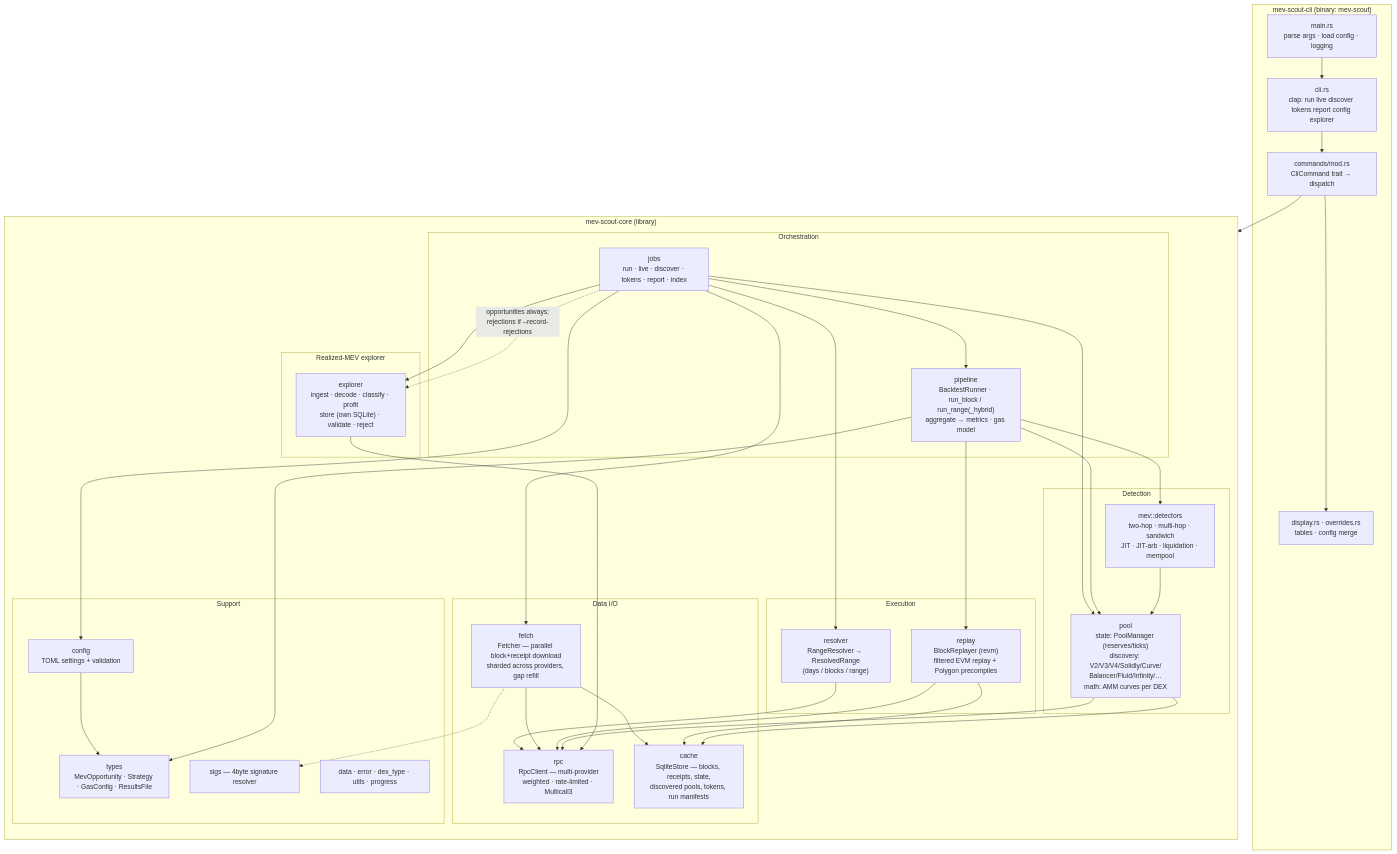
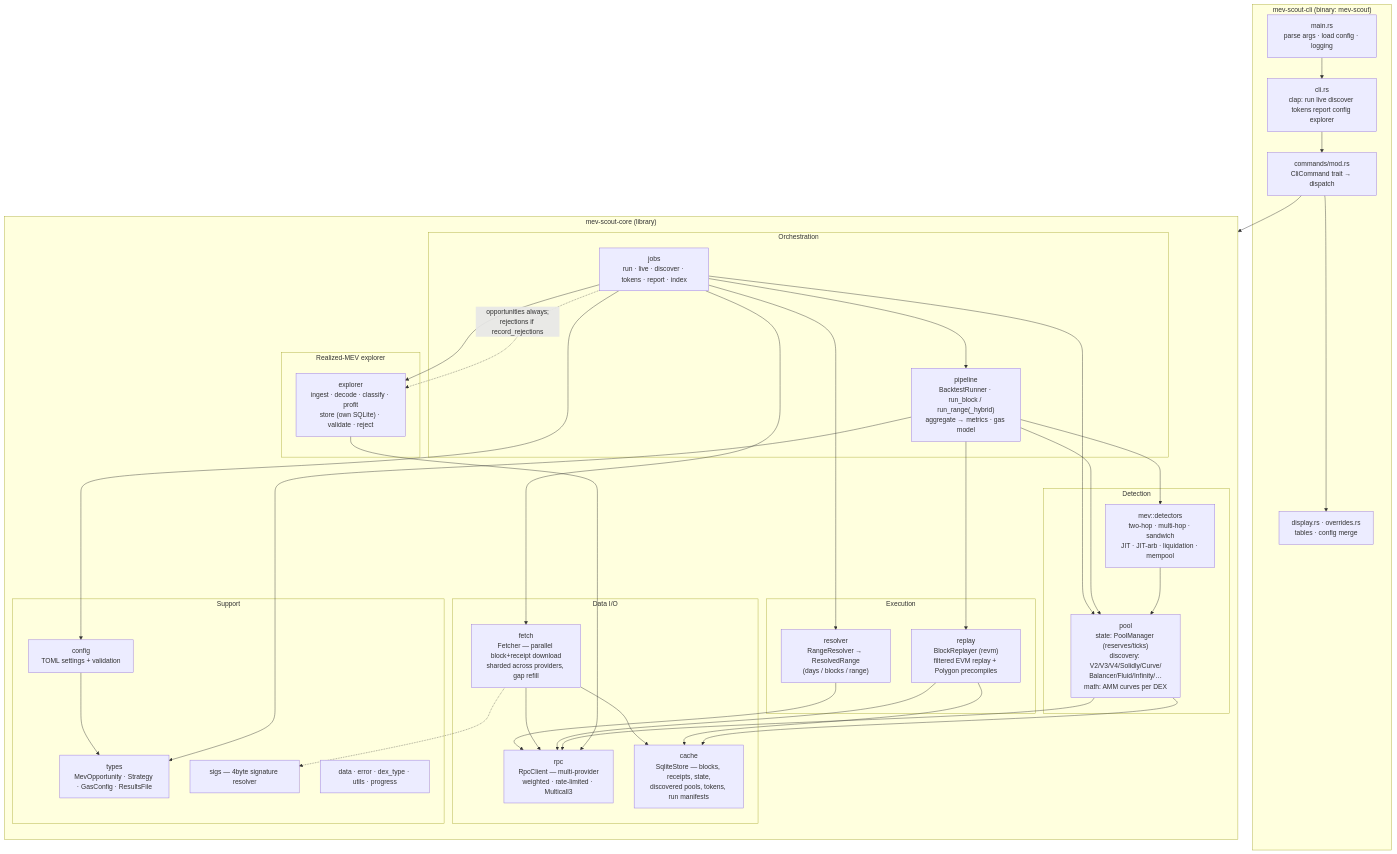
Before and after one commit to moha-moradi/mev-scout: the first of 10 diagrams in docs/ARCHITECTURE.md, drawn with Mermaid. The commit also changed other lines of this file and 17 other files, not shown here.

````diff
--- a/docs/ARCHITECTURE.md
+++ b/docs/ARCHITECTURE.md
@@ -15,73 +15,73 @@
 ```mermaid
 flowchart TB
     subgraph CLI["mev-scout-cli (binary: mev-scout)"]
         MAIN["main.rs<br/>parse args · load config · logging"]
         CLIDEF["cli.rs<br/>clap: run live discover tokens report config explorer"]
         DISPATCH["commands/mod.rs<br/>CliCommand trait → dispatch"]
         UI["display.rs · overrides.rs<br/>tables · config merge"]
     end
 
     subgraph CORE["mev-scout-core (library)"]
         direction TB
 
         subgraph ORCH["Orchestration"]
             COREJOBS["jobs<br/>run · live · discover · tokens · report · index"]
             PIPE["pipeline<br/>BacktestRunner · run_block / run_range(_hybrid)<br/>aggregate → metrics · gas model"]
         end
 
         subgraph DETECT["Detection"]
             MEV["mev::detectors<br/>two-hop · multi-hop · sandwich<br/>JIT · JIT-arb · liquidation · mempool"]
             POOL["pool<br/>state: PoolManager (reserves/ticks)<br/>discovery: V2/V3/V4/Solidly/Curve/<br/>Balancer/Fluid/Infinity/…<br/>math: AMM curves per DEX"]
         end
 
         subgraph EXEC["Execution"]
             REPLAY["replay<br/>BlockReplayer (revm)<br/>filtered EVM replay + Polygon precompiles"]
             RESOLVER["resolver<br/>RangeResolver → ResolvedRange<br/>(days / blocks / range)"]
         end
 
         subgraph IO["Data I/O"]
             FETCH["fetch<br/>Fetcher — parallel block+receipt download<br/>sharded across providers, gap refill"]
             RPC["rpc<br/>RpcClient — multi-provider<br/>weighted · rate-limited · Multicall3"]
             CACHE["cache<br/>SqliteStore — blocks, receipts, state,<br/>discovered pools, tokens, run manifests"]
         end
 
         subgraph EXPLORE["Realized-MEV explorer"]
             EXPL["explorer<br/>ingest · decode · classify · profit<br/>store (own SQLite) · validate · reject"]
         end
 
         subgraph SUPPORT["Support"]
             CFG["config<br/>TOML settings + validation"]
             TYPES["types<br/>MevOpportunity · Strategy · GasConfig · ResultsFile"]
             SIGS["sigs — 4byte signature resolver"]
             MISC["data · error · dex_type · utils · progress"]
         end
     end
 
     MAIN --> CLIDEF --> DISPATCH
     DISPATCH --> UI
     DISPATCH --> COREJOBS
 
     COREJOBS --> RESOLVER
     COREJOBS --> FETCH
     COREJOBS --> POOL
     COREJOBS --> PIPE
     COREJOBS --> EXPL
     COREJOBS --> CFG
 
     RESOLVER --> RPC
     FETCH --> RPC
     FETCH --> CACHE
     PIPE --> REPLAY
     REPLAY --> CACHE
     REPLAY --> RPC
     PIPE --> POOL
     PIPE --> MEV
     MEV --> POOL
     POOL --> RPC
     POOL --> CACHE
     EXPL --> RPC
-    COREJOBS -. "opportunities always;<br/>rejections if --record-rejections" .-> EXPL
+    COREJOBS -. "opportunities always;<br/>rejections if record_rejections" .-> EXPL
     CFG --> TYPES
     PIPE --> TYPES
     FETCH -.-> SIGS
 ```
````
